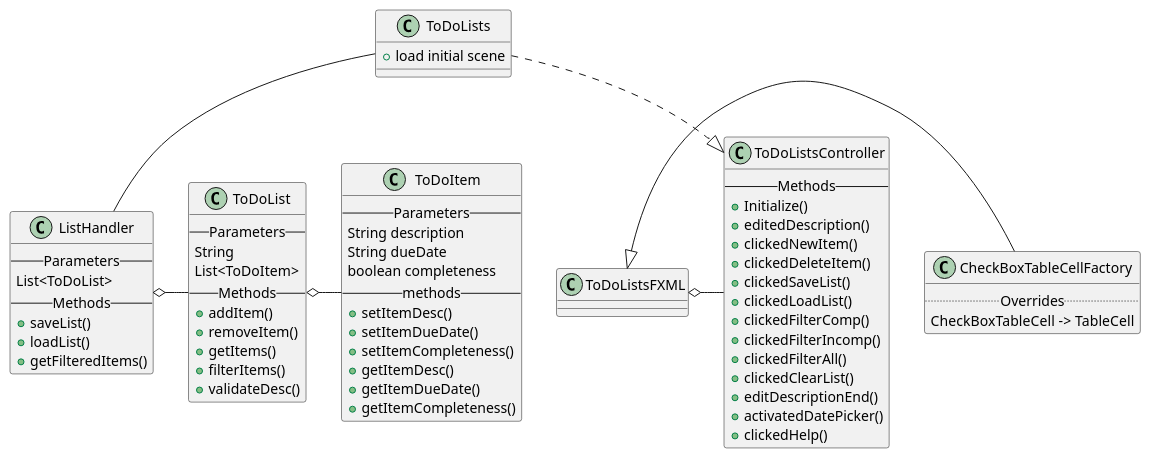
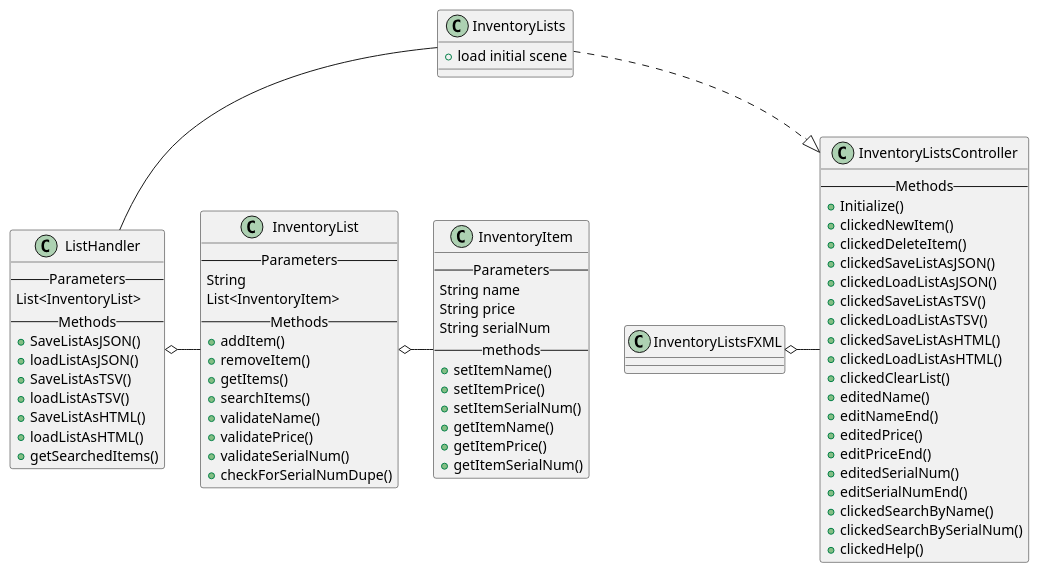
Before and after one commit to K-Schiffli/Schiffli-5856-a5: the diagram in src/uml/Assignment04.puml, drawn with PlantUML. The commit also changed 5 other files, not shown here.

```diff
--- a/src/uml/Assignment04.puml
+++ b/src/uml/Assignment04.puml
@@ -1,73 +1,79 @@
 @startuml
 'https://plantuml.com/class-diagram
 
-Class ToDoLists{
+Class InventoryLists{
 +load initial scene
 }
 
-Class ToDoListsController{
+Class InventoryListsController{
 --Methods--
 +Initialize()
-+editedDescription()
 +clickedNewItem()
 +clickedDeleteItem()
-+clickedSaveList()
-+clickedLoadList()
-+clickedFilterComp()
-+clickedFilterIncomp()
-+clickedFilterAll()
++clickedSaveListAsJSON()
++clickedLoadListAsJSON()
++clickedSaveListAsTSV()
++clickedLoadListAsTSV()
++clickedSaveListAsHTML()
++clickedLoadListAsHTML()
 +clickedClearList()
-+editDescriptionEnd()
-+activatedDatePicker()
++editedName()
++editNameEnd()
++editedPrice()
++editPriceEnd()
++editedSerialNum()
++editSerialNumEnd()
++clickedSearchByName()
++clickedSearchBySerialNum()
 +clickedHelp()
 }
 
 Class ListHandler{
 --Parameters--
-List<ToDoList>
+List<InventoryList>
 --Methods--
-+saveList()
-+loadList()
-+getFilteredItems()
++SaveListAsJSON()
++loadListAsJSON()
++SaveListAsTSV()
++loadListAsTSV()
++SaveListAsHTML()
++loadListAsHTML()
++getSearchedItems()
 }
 
-Class ToDoList{
+Class InventoryList{
 --Parameters--
 String
-List<ToDoItem>
+List<InventoryItem>
 --Methods--
 +addItem()
 +removeItem()
 +getItems()
-+filterItems()
-+validateDesc()
++searchItems()
++validateName()
++validatePrice()
++validateSerialNum()
++checkForSerialNumDupe()
 }
 
-Class ToDoItem{
+Class InventoryItem{
 --Parameters--
-String description
-String dueDate
-boolean completeness
+String name
+String price
+String serialNum
 --methods--
-+setItemDesc()
-+setItemDueDate()
-+setItemCompleteness()
-+getItemDesc()
-+getItemDueDate()
-+getItemCompleteness()
++setItemName()
++setItemPrice()
++setItemSerialNum()
++getItemName()
++getItemPrice()
++getItemSerialNum()
 }
 
-Class CheckBoxTableCellFactory{
-..Overrides..
-CheckBoxTableCell -> TableCell
-}
-
-
-ToDoLists ..|> ToDoListsController
-ToDoLists -- ListHandler
-ListHandler o- ToDoList
-ToDoList o- ToDoItem
-ToDoListsFXML <|- CheckBoxTableCellFactory
-ToDoListsFXML o- ToDoListsController
+InventoryLists ..|> InventoryListsController
+InventoryLists -- ListHandler
+ListHandler o- InventoryList
+InventoryList o- InventoryItem
+InventoryListsFXML o- InventoryListsController
 
 @enduml
```
